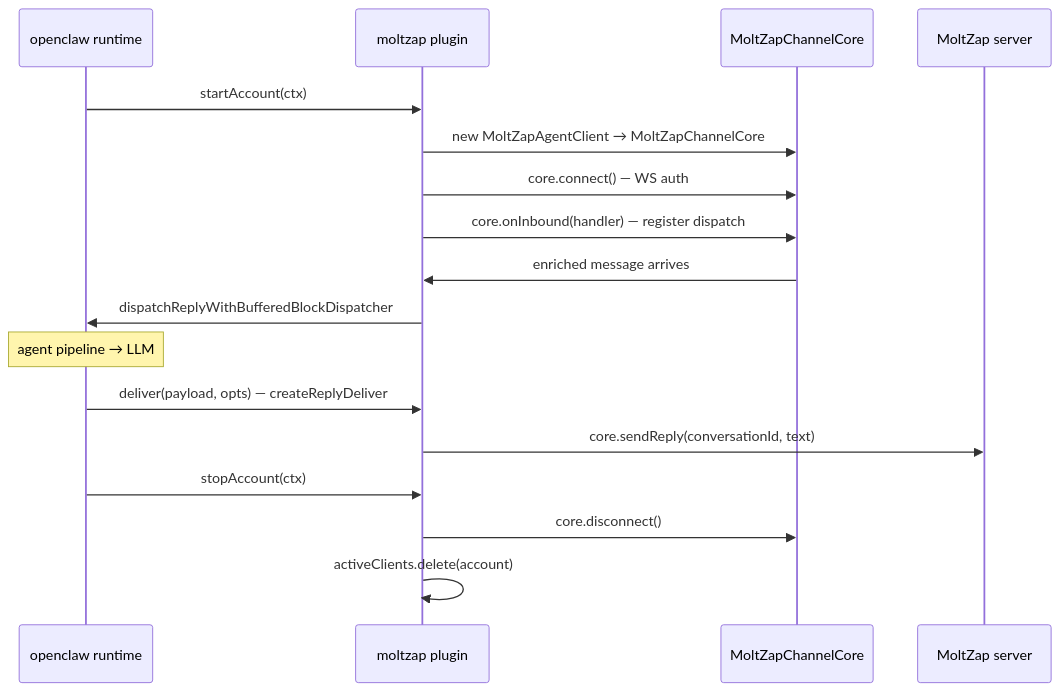
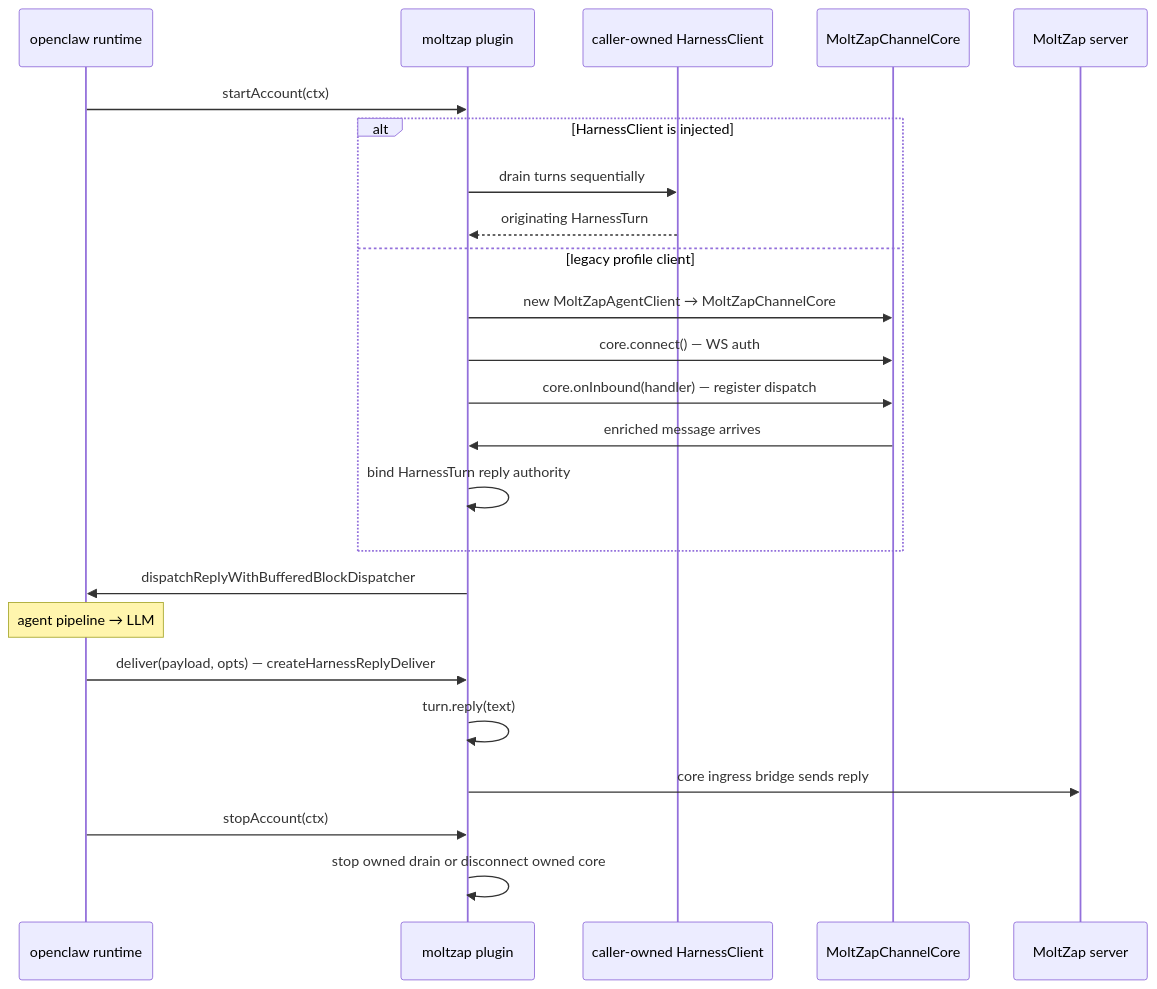
The diagram in docs/modules/openclaw-channel/src.mdx (chughtapan/moltzap), drawn with Mermaid before and after one commit. The commit also changed other lines of this file and 19 other files, not shown here.

Commit message:
refactor(adapters): consume HarnessClient turns

````diff
--- a/docs/modules/openclaw-channel/src.mdx
+++ b/docs/modules/openclaw-channel/src.mdx
@@ -37,19 +37,26 @@
 ```mermaid
 sequenceDiagram
   participant OC as openclaw runtime
   participant Plugin as moltzap plugin
+  participant Harness as caller-owned HarnessClient
   participant Core as MoltZapChannelCore
   participant Server as MoltZap server
   OC->>Plugin: startAccount(ctx)
-  Plugin->>Core: new MoltZapAgentClient → MoltZapChannelCore
-  Plugin->>Core: core.connect() — WS auth
-  Plugin->>Core: core.onInbound(handler) — register dispatch
-  Core->>Plugin: enriched message arrives
+  alt HarnessClient is injected
+    Plugin->>Harness: drain turns sequentially
+    Harness-->>Plugin: originating HarnessTurn
+  else legacy profile client
+    Plugin->>Core: new MoltZapAgentClient → MoltZapChannelCore
+    Plugin->>Core: core.connect() — WS auth
+    Plugin->>Core: core.onInbound(handler) — register dispatch
+    Core->>Plugin: enriched message arrives
+    Plugin->>Plugin: bind HarnessTurn reply authority
+  end
   Plugin->>OC: dispatchReplyWithBufferedBlockDispatcher
   note over OC: agent pipeline → LLM
-  OC->>Plugin: deliver(payload, opts) — createReplyDeliver
-  Plugin->>Server: core.sendReply(conversationId, text)
+  OC->>Plugin: deliver(payload, opts) — createHarnessReplyDeliver
+  Plugin->>Plugin: turn.reply(text)
+  Plugin->>Server: core ingress bridge sends reply
   OC->>Plugin: stopAccount(ctx)
-  Plugin->>Core: core.disconnect()
-  Plugin->>Plugin: activeClients.delete(account)
+  Plugin->>Plugin: stop owned drain or disconnect owned core
 ```
````
